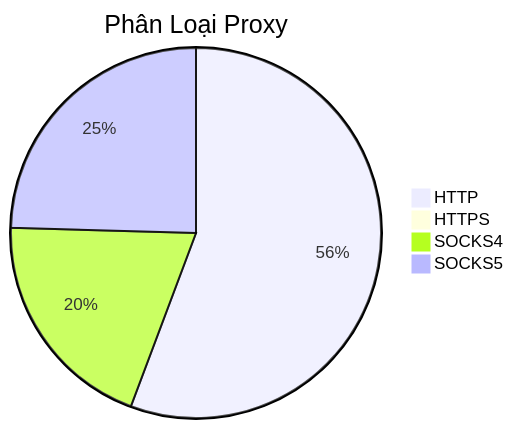
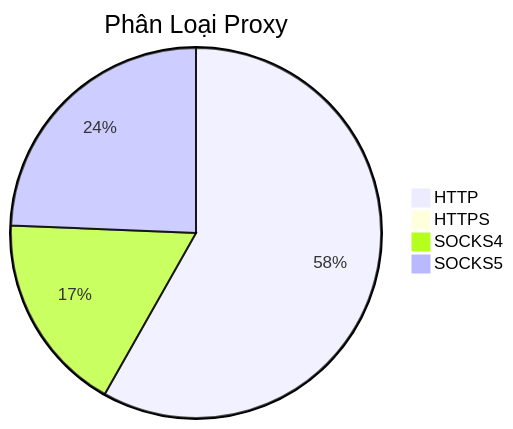
The diagram in README.md (Ciara-12/PROXY-free), drawn with Mermaid before and after one commit. The commit also changed other lines of this file and 3 other files, not shown here.

````diff
--- a/README.md
+++ b/README.md
@@ -26,7 +26,7 @@
 ```mermaid
 pie title Phân Loại Proxy
-    "HTTP" : 692
+    "HTTP" : 717
     "HTTPS" : 0
-    "SOCKS4" : 245
-    "SOCKS5" : 305
+    "SOCKS4" : 215
+    "SOCKS5" : 300
 ```
````
